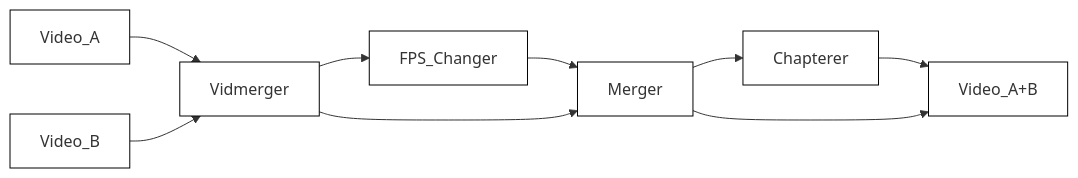
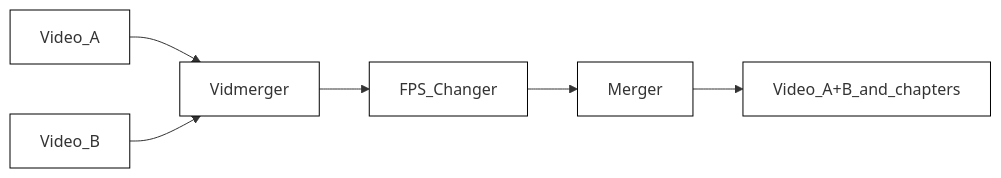
Before and after one commit to tgotwig/vidmerger: the diagram in README.md, drawn with Mermaid. The commit also changed other lines of this file and 5 other files, not shown here.

````diff
--- a/README.md
+++ b/README.md
@@ -10,13 +10,9 @@
 ```mermaid
 %%{init: {'themeVariables': { 'mainBkg': 'white', 'nodeBorder': 'black' }}}%%
 graph LR;
 Video_A-->Vidmerger;
 Video_B-->Vidmerger;
 Vidmerger-->FPS_Changer;
 FPS_Changer-->Merger;
-Merger-->Chapterer;
-Chapterer-->Video_A+B;
-
-Vidmerger-->Merger;
-Merger-->Video_A+B;
+Merger-->Video_A+B_and_chapters;
 ```
````
